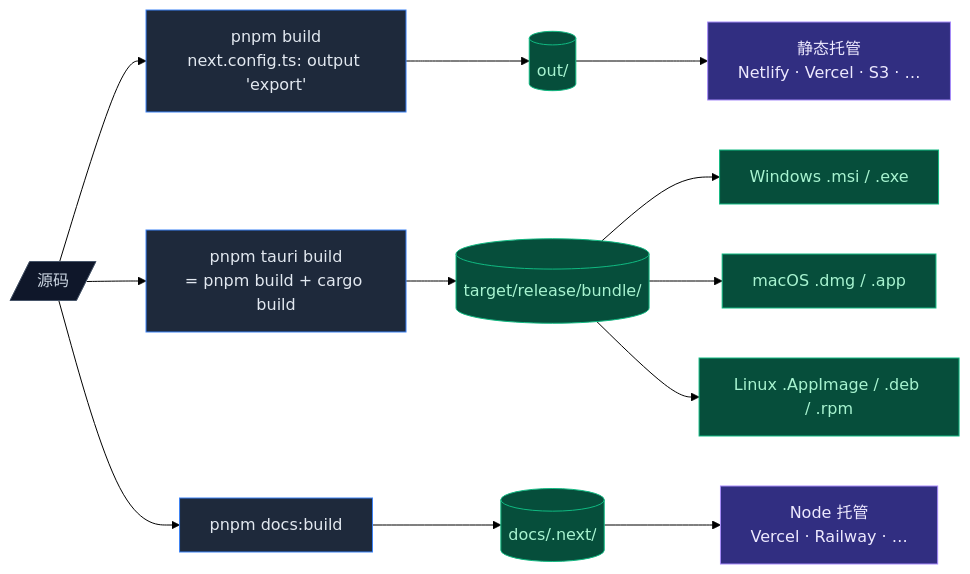
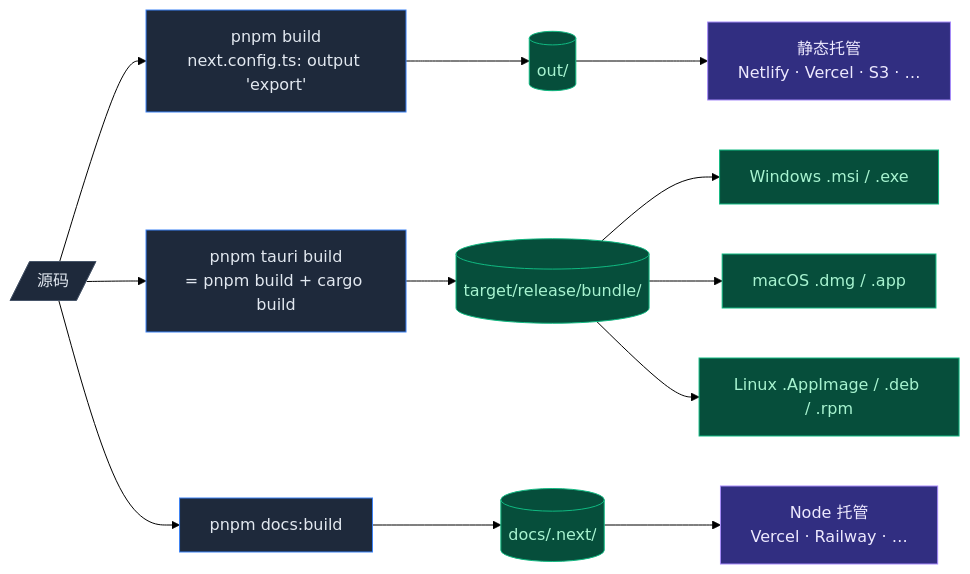
The diagram in docs/content/docs/zh/deployment.mdx (MaxQian888/cognia-next), drawn with Mermaid (forest theme) before and after one commit. The commit also changed other lines of this file and 211 other files, not shown here.

````diff
--- a/docs/content/docs/zh/deployment.mdx
+++ b/docs/content/docs/zh/deployment.mdx
@@ -14,26 +22,26 @@
 ```mermaid
 flowchart LR
   Source[/源码/]
   Source --> NW[pnpm build<br/>next.config.ts: output 'export']
   NW --> Out[(out/)]
   Out --> Static[静态托管<br/>Netlify · Vercel · S3 · …]
 
   Source --> NT[pnpm tauri build<br/>= pnpm build + cargo build]
   NT --> Bundle[(target/release/bundle/)]
   Bundle --> WIN[Windows .msi / .exe]
   Bundle --> MAC[macOS .dmg / .app]
   Bundle --> LIN[Linux .AppImage / .deb / .rpm]
 
   Source --> ND[pnpm docs:build]
   ND --> DocsOut[(docs/.next/)]
   DocsOut --> NodeHost[Node 托管<br/>Vercel · Railway · …]
 
-  classDef src fill:#0f172a,stroke:#475569,color:#cbd5e1
+  classDef src fill:#1e293b,stroke:#475569,color:#e2e8f0
   classDef step fill:#1e293b,stroke:#3b82f6,color:#e2e8f0
   classDef out fill:#064e3b,stroke:#10b981,color:#a7f3d0
   classDef host fill:#312e81,stroke:#a78bfa,color:#ede9fe
   class Source src
   class NW,NT,ND step
   class Out,Bundle,DocsOut,WIN,MAC,LIN out
   class Static,NodeHost host
 ```
````
